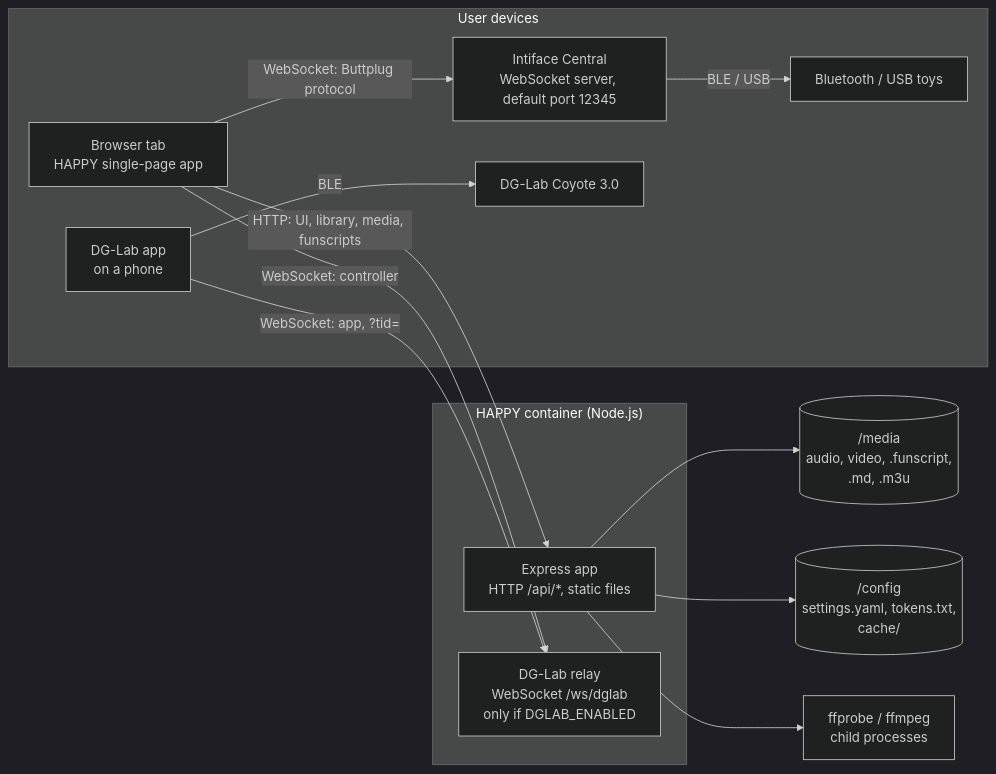
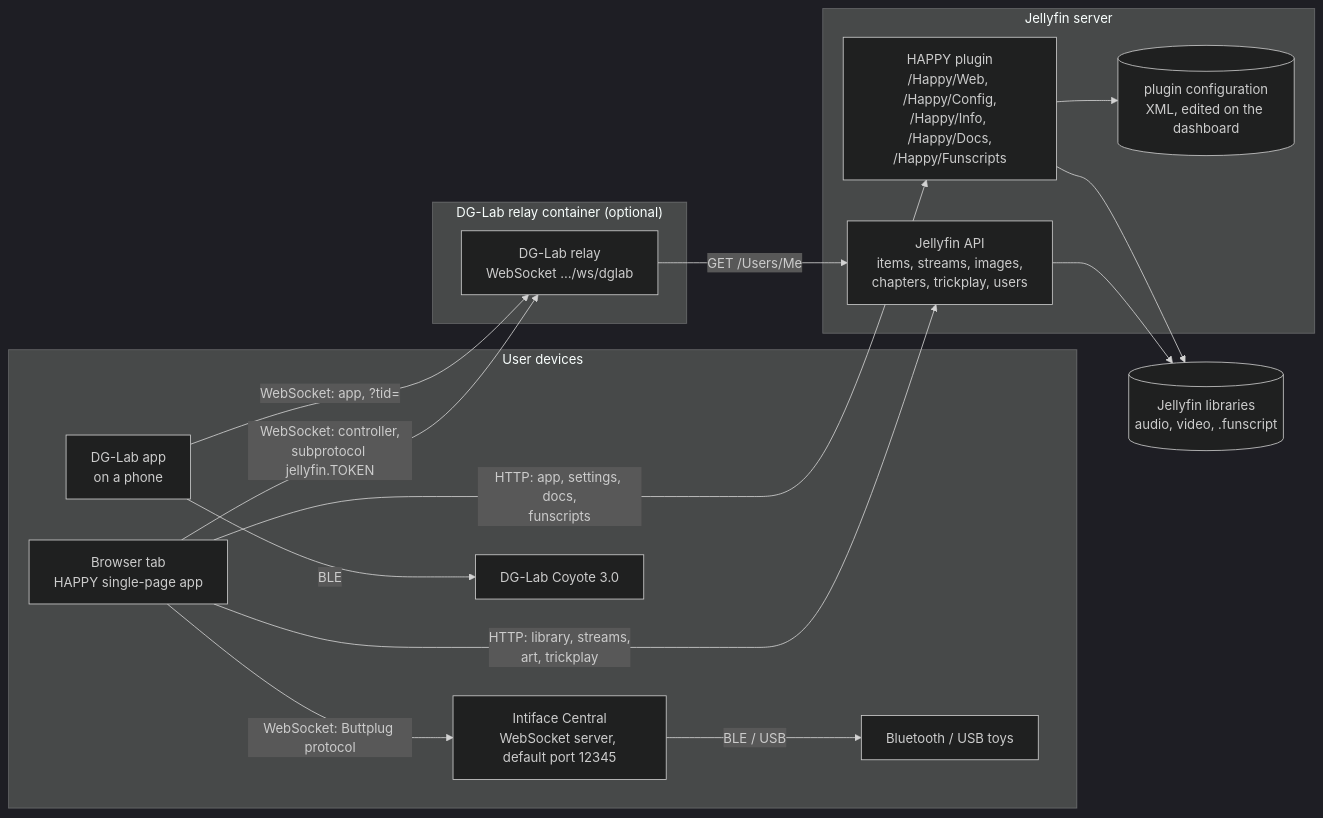
Before and after one commit to lumbar-spine-support/docker-haptic-player: the first of 3 diagrams in docs/developer/architecture.md, drawn with Mermaid (dark theme). The commit also changed other lines of this file and 219 other files, not shown here.

````diff
--- a/docs/developer/architecture.md
+++ b/docs/developer/architecture.md
@@ -11,29 +11,34 @@
 ```mermaid
 flowchart LR
   subgraph userDevices["User devices"]
     Browser["Browser tab<br/>HAPPY single-page app"]
     Intiface["Intiface Central<br/>WebSocket server, default port 12345"]
     Toys["Bluetooth / USB toys"]
     DGApp["DG-Lab app<br/>on a phone"]
     Coyote["DG-Lab Coyote 3.0"]
   end
 
-  subgraph container["HAPPY container (Node.js)"]
-    Express["Express app<br/>HTTP /api/*, static files"]
-    Relay["DG-Lab relay<br/>WebSocket /ws/dglab<br/>only if DGLAB_ENABLED"]
+  subgraph jellyfin["Jellyfin server"]
+    JF["Jellyfin API<br/>items, streams, images,<br/>chapters, trickplay, users"]
+    Plugin["HAPPY plugin<br/>/Happy/Web, /Happy/Config,<br/>/Happy/Info, /Happy/Docs,<br/>/Happy/Funscripts"]
+    PluginConfig[("plugin configuration<br/>XML, edited on the dashboard")]
   end
 
-  MediaVol[("/media<br/>audio, video, .funscript,<br/>.md, .m3u")]
-  ConfigVol[("/config<br/>settings.yaml, tokens.txt,<br/>cache/")]
-  FF["ffprobe / ffmpeg<br/>child processes"]
+  subgraph relayContainer["DG-Lab relay container (optional)"]
+    Relay["DG-Lab relay<br/>WebSocket …/ws/dglab"]
+  end
 
-  Browser -- "HTTP: UI, library, media, funscripts" --> Express
+  MediaVol[("Jellyfin libraries<br/>audio, video, .funscript")]
+
+  Browser -- "HTTP: app, settings, docs,<br/>funscripts" --> Plugin
+  Browser -- "HTTP: library, streams,<br/>art, trickplay" --> JF
   Browser -- "WebSocket: Buttplug protocol" --> Intiface
   Intiface -- "BLE / USB" --> Toys
-  Browser -- "WebSocket: controller" --> Relay
+  Browser -- "WebSocket: controller,<br/>subprotocol jellyfin.TOKEN" --> Relay
+  Relay -- "GET /Users/Me" --> JF
   DGApp -- "WebSocket: app, ?tid=" --> Relay
   DGApp -- BLE --> Coyote
-  Express --> MediaVol
-  Express --> ConfigVol
-  Express --> FF
+  Plugin --> PluginConfig
+  JF --> MediaVol
+  Plugin --> MediaVol
 ```
````
